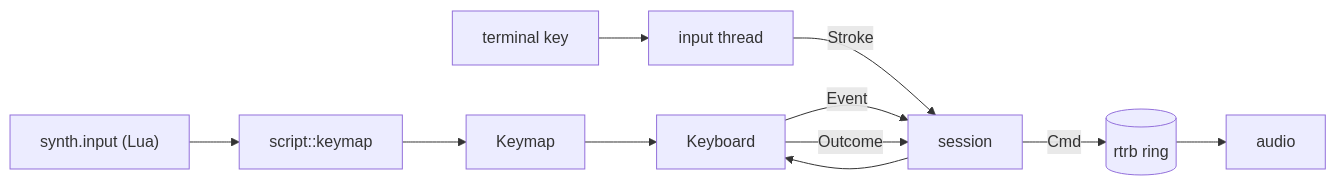
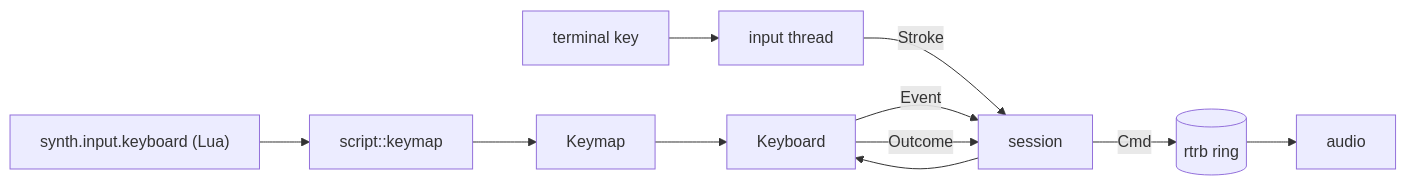
The diagram in src/input/README.md (turkosaurus/synth), drawn with Mermaid before and after one commit. The commit also changed other lines of this file and 39 other files, not shown here.

Commit message:
lua: input as a namespace for the keyboard and later MIDI

````diff
--- a/src/input/README.md
+++ b/src/input/README.md
@@ -11,8 +11,8 @@
 ```mermaid
 flowchart LR
-    layout["synth.input (Lua)"] --> keymap[script::keymap] --> Keymap
+    layout["synth.input.keyboard (Lua)"] --> keymap[script::keymap] --> Keymap
     key[terminal key] --> thread[input thread] -- Stroke --> session --> Keyboard
     Keymap --> Keyboard
     Keyboard -- Event --> session -- Cmd --> ring[(rtrb ring)] --> audio
     Keyboard -- Outcome --> session
 ```
````
